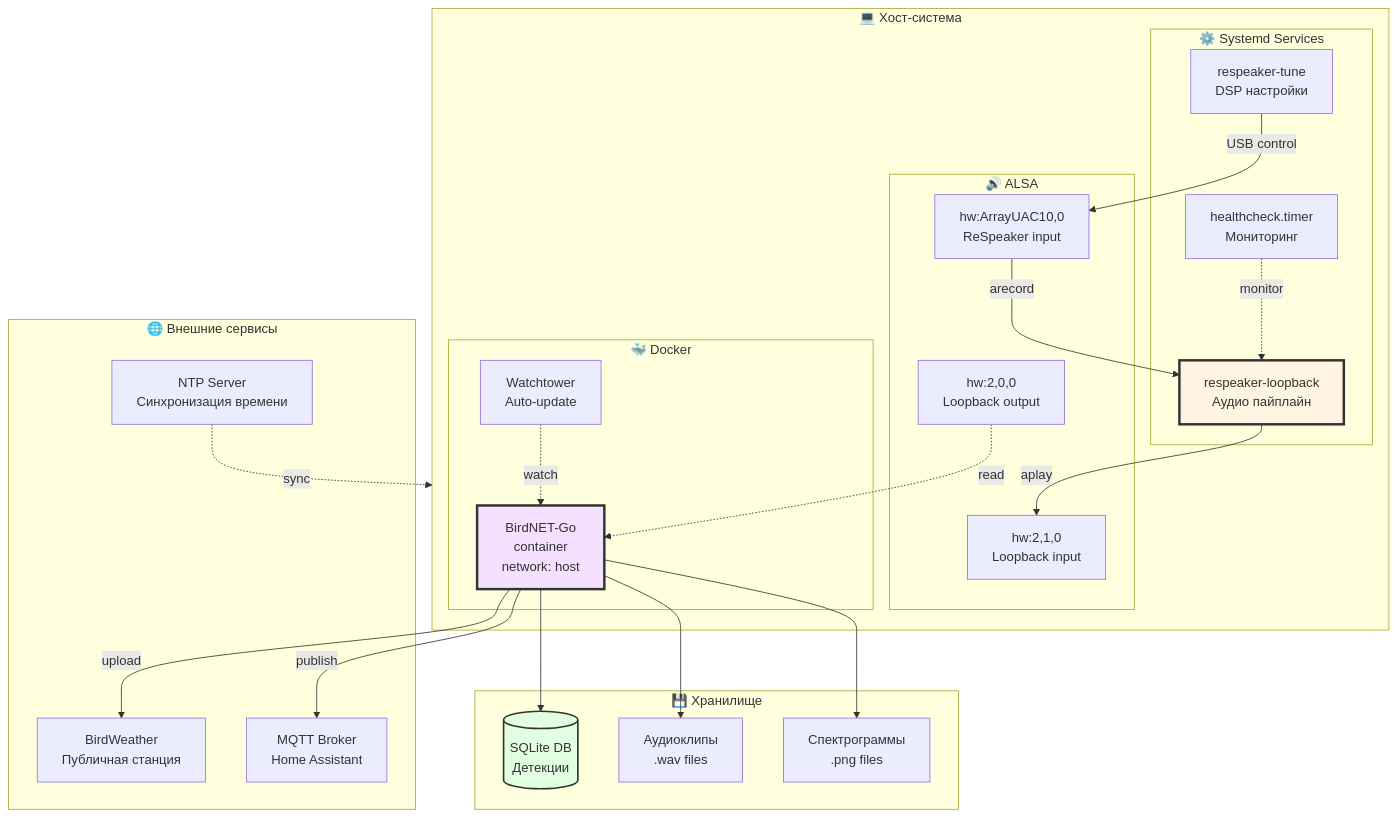
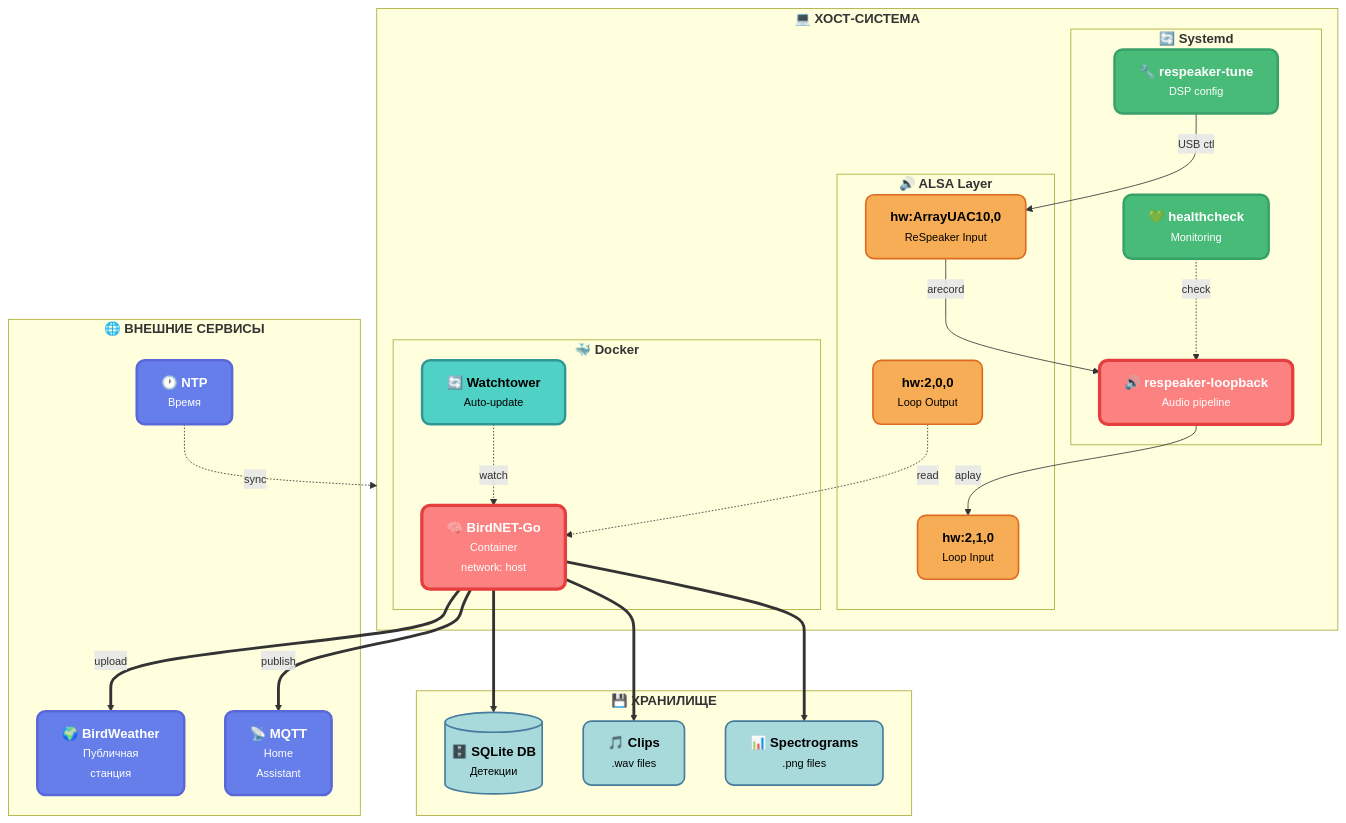
The fifth of 5 diagrams in docs/DIAGRAMS.md (Gfermoto/birdnet_odas), drawn with Mermaid before and after one commit. The commit also changed other lines of this file and 3 other files, not shown here.

First line of the commit message:
design: профессиональный редизайн всех диаграмм

````diff
--- a/docs/DIAGRAMS.md
+++ b/docs/DIAGRAMS.md
@@ -148,50 +228,62 @@
 ```mermaid
+%%{init: {'theme':'base', 'themeVariables': { 'fontSize':'13px', 'fontFamily':'system-ui, -apple-system, "Segoe UI", Roboto, sans-serif'}}}%%
 graph TB
-    subgraph External["🌐 Внешние сервисы"]
-        BW[BirdWeather<br/>Публичная станция]
-        MQTT[MQTT Broker<br/>Home Assistant]
-        NTP[NTP Server<br/>Синхронизация времени]
+    subgraph EXT["<b>🌐 ВНЕШНИЕ СЕРВИСЫ</b>"]
+        BW["<b>🌍 BirdWeather</b><br/><small>Публичная<br/>станция</small>"]
+        MQTT["<b>📡 MQTT</b><br/><small>Home<br/>Assistant</small>"]
+        NTP["<b>🕐 NTP</b><br/><small>Время</small>"]
     end
     
-    subgraph Host["💻 Хост-система"]
-        subgraph Services["⚙️ Systemd Services"]
-            S1[respeaker-tune<br/>DSP настройки]
-            S2[respeaker-loopback<br/>Аудио пайплайн]
-            S3[healthcheck.timer<br/>Мониторинг]
+    subgraph HOST["<b>💻 ХОСТ-СИСТЕМА</b>"]
+        subgraph SRV["<b>🔄 Systemd</b>"]
+            S1["<b>🔧 respeaker-tune</b><br/><small>DSP config</small>"]
+            S2["<b>🔊 respeaker-loopback</b><br/><small>Audio pipeline</small>"]
+            S3["<b>💚 healthcheck</b><br/><small>Monitoring</small>"]
         end
         
-        subgraph ALSA["🔊 ALSA"]
-            AL1[hw:ArrayUAC10,0<br/>ReSpeaker input]
-            AL2[hw:2,0,0<br/>Loopback output]
-            AL3[hw:2,1,0<br/>Loopback input]
+        subgraph ALSA["<b>🔊 ALSA Layer</b>"]
+            AL1["<b>hw:ArrayUAC10,0</b><br/><small>ReSpeaker Input</small>"]
+            AL2["<b>hw:2,0,0</b><br/><small>Loop Output</small>"]
+            AL3["<b>hw:2,1,0</b><br/><small>Loop Input</small>"]
         end
         
-        subgraph Docker["🐳 Docker"]
-            BN[BirdNET-Go<br/>container<br/>network: host]
-            WT[Watchtower<br/>Auto-update]
+        subgraph DCK["<b>🐳 Docker</b>"]
+            BN["<b>🧠 BirdNET-Go</b><br/><small>Container<br/>network: host</small>"]
+            WT["<b>🔄 Watchtower</b><br/><small>Auto-update</small>"]
         end
     end
     
-    subgraph Storage["💾 Хранилище"]
-        DB[(SQLite DB<br/>Детекции)]
-        CLIPS[Аудиоклипы<br/>.wav files]
-        SPEC[Спектрограммы<br/>.png files]
+    subgraph STORE["<b>💾 ХРАНИЛИЩЕ</b>"]
+        DB[("<b>🗄️ SQLite DB</b><br/><small>Детекции</small>")]
+        CLIPS["<b>🎵 Clips</b><br/><small>.wav files</small>"]
+        SPEC["<b>📊 Spectrograms</b><br/><small>.png files</small>"]
     end
     
-    S1 -->|USB control| AL1
-    AL1 -->|arecord| S2
-    S2 -->|aplay| AL3
-    AL2 -.->|read| BN
-    BN --> DB
-    BN --> CLIPS
-    BN --> SPEC
-    BN -->|upload| BW
-    BN -->|publish| MQTT
-    S3 -.->|monitor| S2
-    WT -.->|watch| BN
-    NTP -.->|sync| Host
+    S1 -->|"<small>USB ctl</small>"| AL1
+    AL1 -->|"<small>arecord</small>"| S2
+    S2 -->|"<small>aplay</small>"| AL3
+    AL2 -.->|"<small>read</small>"| BN
+    BN ==> DB
+    BN ==> CLIPS
+    BN ==> SPEC
+    BN ==>|"<small>upload</small>"| BW
+    BN ==>|"<small>publish</small>"| MQTT
+    S3 -.->|"<small>check</small>"| S2
+    WT -.->|"<small>watch</small>"| BN
+    NTP -.->|"<small>sync</small>"| HOST
     
-    style S2 fill:#fff4e1,stroke:#333,stroke-width:3px
-    style BN fill:#f5e1ff,stroke:#333,stroke-width:3px
-    style DB fill:#e1ffe1,stroke:#333,stroke-width:2px
+    classDef external fill:#667EEA,stroke:#5A67D8,stroke-width:3px,color:#fff,rx:10,ry:10
+    classDef service fill:#48BB78,stroke:#38A169,stroke-width:3px,color:#fff,rx:10,ry:10
+    classDef alsa fill:#F6AD55,stroke:#DD6B20,stroke-width:2px,color:#000,rx:10,ry:10
+    classDef docker fill:#4FD1C5,stroke:#319795,stroke-width:3px,color:#000,rx:10,ry:10
+    classDef core fill:#FC8181,stroke:#E53E3E,stroke-width:4px,color:#fff,rx:10,ry:10
+    classDef storage fill:#A8DADC,stroke:#457B9D,stroke-width:2px,color:#000,rx:10,ry:10
+    
+    class BW,MQTT,NTP external
+    class S1,S3 service
+    class S2 core
+    class AL1,AL2,AL3 alsa
+    class BN core
+    class WT docker
+    class DB,CLIPS,SPEC storage
 ```
````
